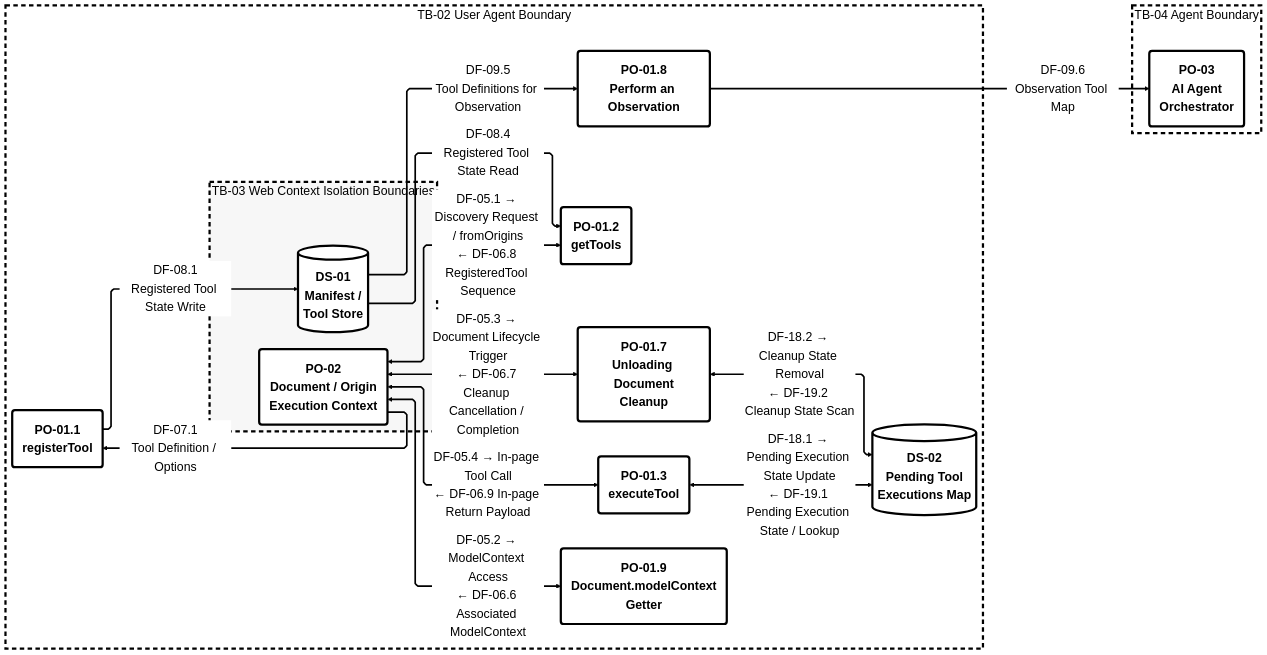
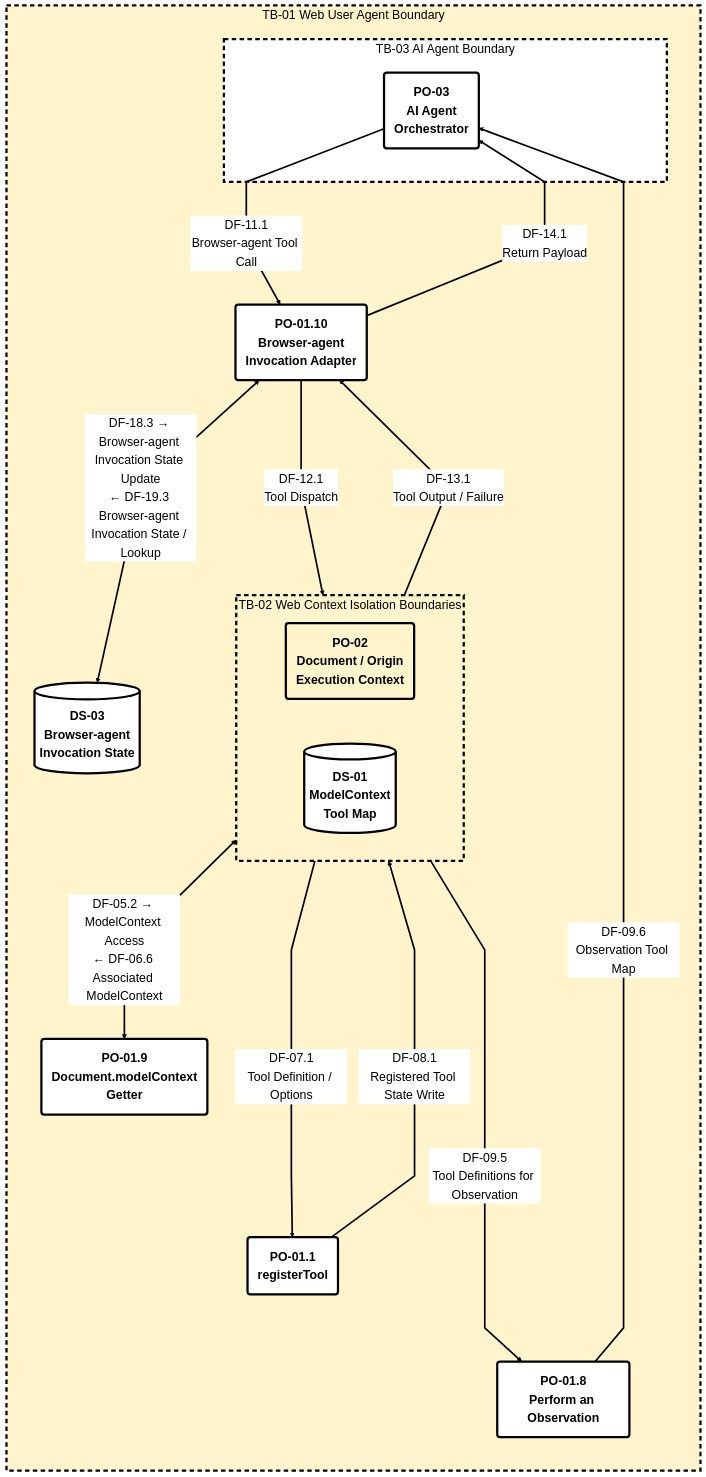
One commit to simoneonofri/threat-model-webmcp changed the diagram in images/webmcp-l1-methods-level.mmd. Above: the diagram before and after it, drawn with Mermaid. The commit also changed 2 other files, not shown here.

```diff
--- a/images/webmcp-l1-methods-level.mmd
+++ b/images/webmcp-l1-methods-level.mmd
@@ -1,49 +1,55 @@
-%%{init: {"theme":"base","themeCSS":".nodeLabel,.edgeLabel,.cluster-label,.label{font-family:Arial,sans-serif!important;font-weight:bold!important;}.subgraph{fill:#fff!important;stroke:#000!important;stroke-width:4px!important;stroke-dasharray:8 6!important;}.flowchart-link{stroke:#000!important;stroke-width:3px!important;}","flowchart":{"defaultRenderer":"elk","htmlLabels":true,"curve":"linear","nodeSpacing":80,"rankSpacing":95,"padding":18},"themeVariables":{"fontFamily":"Arial, sans-serif","fontSize":"22px","primaryColor":"#fff","primaryTextColor":"#000","primaryBorderColor":"#000","lineColor":"#000","secondaryColor":"#fff","tertiaryColor":"#fff","edgeLabelBackground":"#fff","clusterBkg":"#fff","clusterBorder":"#000"}}}%%
-flowchart LR
+%%{init: {"theme":"base","themeCSS":".nodeLabel,.edgeLabel,.cluster-label,.label{font-family:Arial,sans-serif!important;font-weight:bold!important;}","flowchart":{"defaultRenderer":"dagre","htmlLabels":true,"curve":"linear","nodeSpacing":80,"rankSpacing":95,"padding":18},"themeVariables":{"fontFamily":"Arial, sans-serif","fontSize":"22px","primaryColor":"#fff","primaryTextColor":"#000","primaryBorderColor":"#000","lineColor":"#000","secondaryColor":"#fff","tertiaryColor":"#fff","edgeLabelBackground":"#fff","clusterBkg":"#fff","clusterBorder":"#000"}}}%%
+flowchart TB
 
-  subgraph TB2_BrowserBoundary["TB-02 User Agent Boundary"]
-    direction LR
+  subgraph TB1_BrowserBoundary["TB-01 Web User Agent Boundary"]
+    direction TB
 
-    subgraph TB3_WebContextIsolation["TB-03 Web Context Isolation Boundaries"]
-      direction TB
+    subgraph TB2_WebContextIsolation["TB-02 Web Context Isolation Boundaries"]
+      direction LR
       PO2_DocumentOriginContext(PO-02<br/>Document / Origin<br/>Execution Context)
-      DS1_ManifestToolStore[(DS-01<br/>Manifest /<br/>Tool Store)]
+      DS1_ModelContextToolMap[(DS-01<br/>ModelContext<br/>Tool Map)]
     end
 
     PO19_ModelContextGetter(PO-01.9<br/>Document.modelContext<br/>Getter)
     PO11_RegisterTool(PO-01.1<br/>registerTool)
-    PO12_GetTools(PO-01.2<br/>getTools)
-    PO13_ExecuteTool(PO-01.3<br/>executeTool)
-    PO17_UnloadingCleanup(PO-01.7<br/>Unloading Document<br/>Cleanup)
     PO18_PerformObservation(PO-01.8<br/>Perform an Observation)
-    DS2_PendingExecutions[(DS-02<br/>Pending Tool<br/>Executions Map)]
-  end
+    PO110_BrowserAgentInvocation(PO-01.10<br/>Browser-agent<br/>Invocation Adapter)
+    DS3_BrowserAgentInvocationState[(DS-03<br/>Browser-agent<br/>Invocation State)]
 
-  subgraph TB4_AgentBoundary["TB-04 Agent Boundary"]
-    PO3_AIAgentOrchestrator(PO-03<br/>AI Agent<br/>Orchestrator)
+    subgraph TB3_AIAgentBoundary["TB-03 AI Agent Boundary"]
+      PO3_AIAgentOrchestrator(PO-03<br/>AI Agent<br/>Orchestrator)
+    end
+
+    %% Non-semantic, invisible layout constraints only.
+    PO19_ModelContextGetter ~~~ PO11_RegisterTool
+    PO11_RegisterTool ~~~ PO18_PerformObservation
+    PO18_PerformObservation ~~~ PO110_BrowserAgentInvocation
+    PO110_BrowserAgentInvocation ~~~ DS3_BrowserAgentInvocationState
   end
 
   PO2_DocumentOriginContext <==>|DF-05.2 → ModelContext Access<br/>← DF-06.6 Associated ModelContext| PO19_ModelContextGetter
 
   PO2_DocumentOriginContext ==>|DF-07.1<br/>Tool Definition / Options| PO11_RegisterTool
-  PO11_RegisterTool ==>|DF-08.1<br/>Registered Tool State Write| DS1_ManifestToolStore
+  PO11_RegisterTool ==>|DF-08.1<br/>Registered Tool State Write| DS1_ModelContextToolMap
 
-  DS1_ManifestToolStore ==>|DF-08.4<br/>Registered Tool State Read| PO12_GetTools
-  PO2_DocumentOriginContext <==>|DF-05.1 → Discovery Request / fromOrigins<br/>← DF-06.8 RegisteredTool Sequence| PO12_GetTools
-
-  PO2_DocumentOriginContext <==>|DF-05.4 → In-page Tool Call<br/>← DF-06.9 In-page Return Payload| PO13_ExecuteTool
-  PO13_ExecuteTool <==>|DF-18.1 → Pending Execution State Update<br/>← DF-19.1 Pending Execution State / Lookup| DS2_PendingExecutions
-
-  PO2_DocumentOriginContext <==>|DF-05.3 → Document Lifecycle Trigger<br/>← DF-06.7 Cleanup Cancellation / Completion| PO17_UnloadingCleanup
-  PO17_UnloadingCleanup <==>|DF-18.2 → Cleanup State Removal<br/>← DF-19.2 Cleanup State Scan| DS2_PendingExecutions
-
-  DS1_ManifestToolStore ==>|DF-09.5<br/>Tool Definitions for Observation| PO18_PerformObservation
+  DS1_ModelContextToolMap ==>|DF-09.5<br/>Tool Definitions for Observation| PO18_PerformObservation
   PO18_PerformObservation ==>|DF-09.6<br/>Observation Tool Map| PO3_AIAgentOrchestrator
 
+  PO3_AIAgentOrchestrator ==>|DF-11.1<br/>Browser-agent Tool Call| PO110_BrowserAgentInvocation
+  PO110_BrowserAgentInvocation ==>|DF-12.1<br/>Tool Dispatch| PO2_DocumentOriginContext
+  PO2_DocumentOriginContext ==>|DF-13.1<br/>Tool Output / Failure| PO110_BrowserAgentInvocation
+  PO110_BrowserAgentInvocation ==>|DF-14.1<br/>Return Payload| PO3_AIAgentOrchestrator
+  PO110_BrowserAgentInvocation <==>|DF-18.3 → Browser-agent Invocation State Update<br/>← DF-19.3 Browser-agent Invocation State / Lookup| DS3_BrowserAgentInvocationState
+
   classDef default fill:#fff,stroke:#000,stroke-width:4px,color:#000,font-size:22px,font-weight:bold,font-family:Arial
+  classDef generic fill:#fff4cc,stroke:#000,stroke-width:4px,color:#000,font-size:22px,font-weight:bold,font-family:Arial
 
-  style TB2_BrowserBoundary fill:#ffffff,stroke:#000000,stroke-width:4px,stroke-dasharray:8 6,color:#000000
-  style TB3_WebContextIsolation fill:#f7f7f7,stroke:#000000,stroke-width:4px,stroke-dasharray:8 6,color:#000000
-  style TB4_AgentBoundary fill:#ffffff,stroke:#000000,stroke-width:4px,stroke-dasharray:8 6,color:#000000
+  class PO2_DocumentOriginContext generic
+
+  style TB1_BrowserBoundary fill:#fff4cc,stroke:#000000,stroke-width:4px,stroke-dasharray:8 6,color:#000000
+  style TB2_WebContextIsolation fill:#fff4cc,stroke:#000000,stroke-width:4px,stroke-dasharray:8 6,color:#000000
+  style TB3_AIAgentBoundary fill:#ffffff,stroke:#000000,stroke-width:4px,stroke-dasharray:8 6,color:#000000
 
   linkStyle default stroke:#000,stroke-width:3px,color:#000
+  linkStyle 0,1,2,3 stroke-width:0px,opacity:0
+  linkStyle 4,5,6,7,8,9,10,11,12 stroke:#000,stroke-width:3px,color:#000
```
